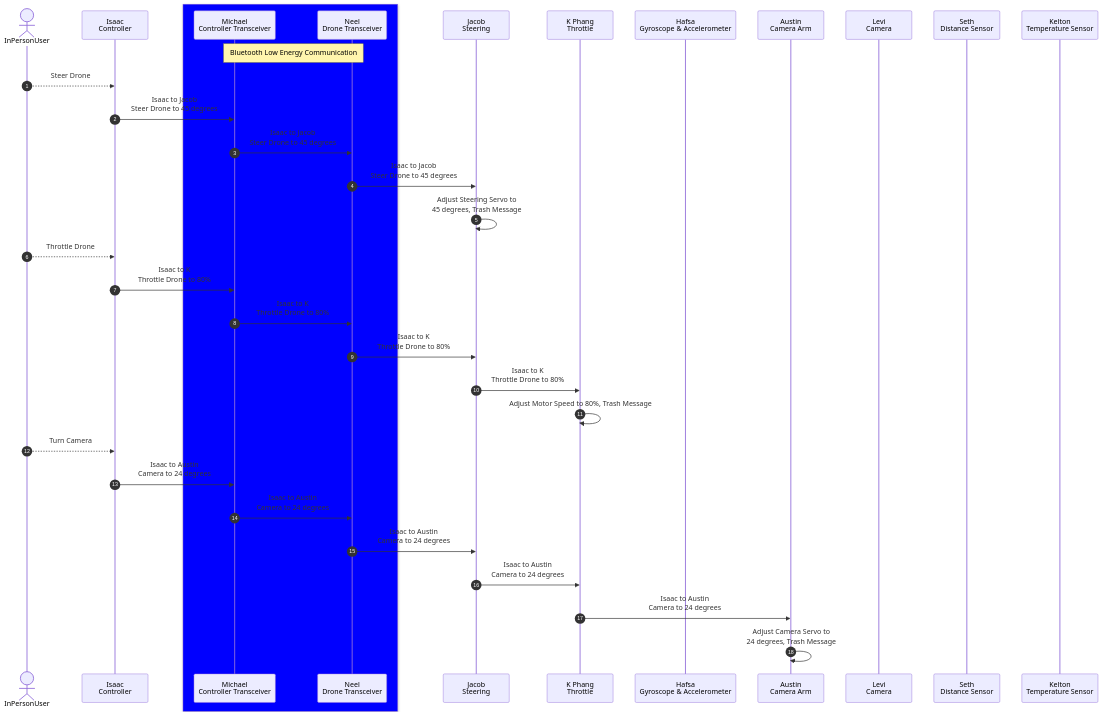
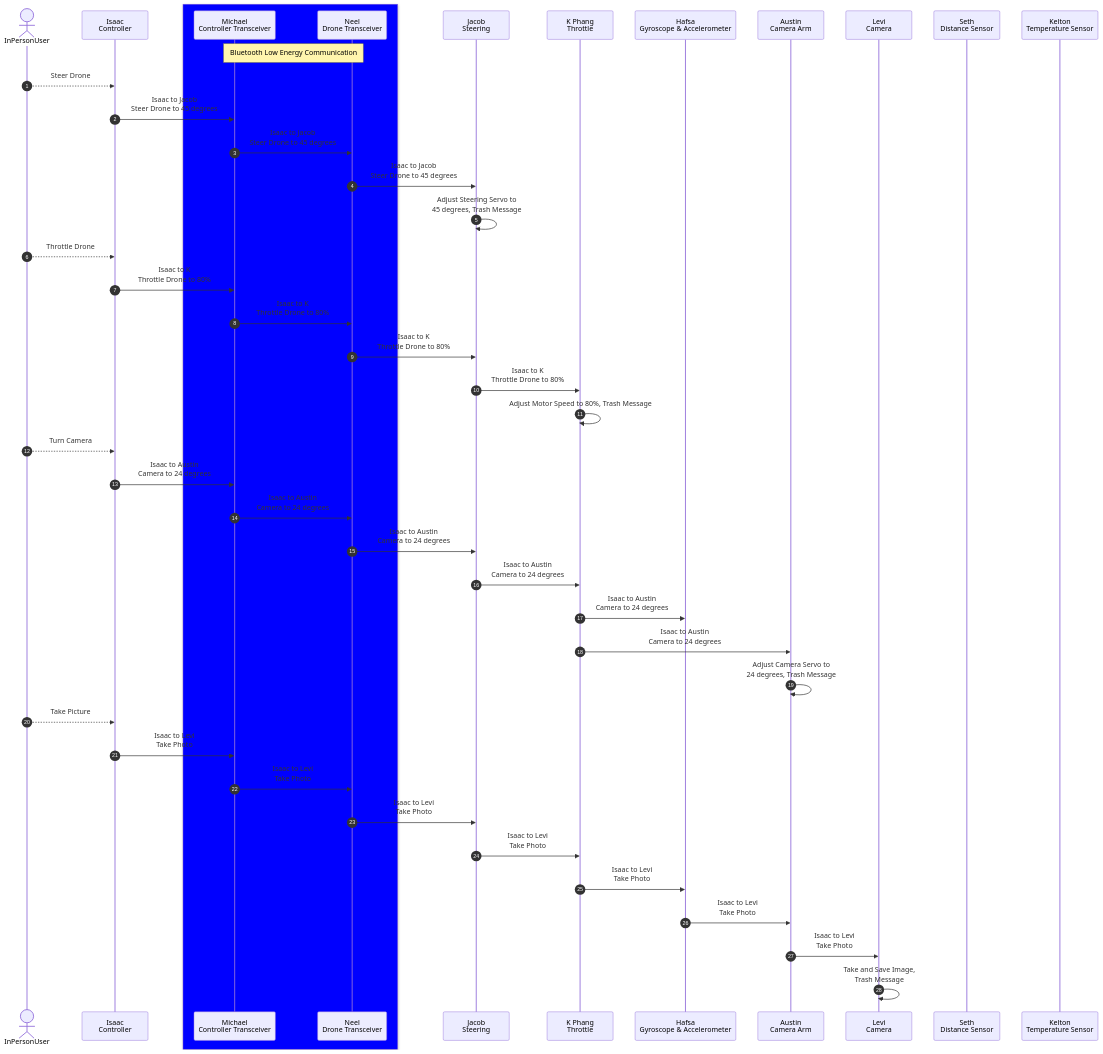
Before and after one commit to HFSKSN/hfsksn.github.io: the fourth of 4 diagrams in docs/Appendix/04-Examples-to-Remove/charts.md, drawn with Mermaid.

````diff
--- a/docs/Appendix/04-Examples-to-Remove/charts.md
+++ b/docs/Appendix/04-Examples-to-Remove/charts.md
@@ -43,38 +43,52 @@
 ``` mermaid
 sequenceDiagram
   autonumber
   actor U as InPersonUser
   participant I as Isaac<br/>Controller
   box Blue
   participant M as Michael<br/>Controller Transceiver
   participant N as Neel<br/>Drone Transceiver
   end
   participant J as Jacob<br/>Steering
   participant P as K Phang<br/>Throttle
   participant H as Hafsa<br/>Gyroscope & Accelerometer
   participant A as Austin<br/>Camera Arm
   participant L as Levi<br/>Camera
   participant S as Seth<br/>Distance Sensor
   participant K as Kelton<br/>Temperature Sensor
 
   Note over M,N: Bluetooth Low Energy Communication
 
   U-->>I: Steer Drone
   I->>M: Isaac to Jacob<br/>Steer Drone to 45 degrees
   M->>N: Isaac to Jacob<br/>Steer Drone to 45 degrees
   N->>J: Isaac to Jacob<br/>Steer Drone to 45 degrees
   J->>J: Adjust Steering Servo to<br>45 degrees, Trash Message
+
   U-->>I: Throttle Drone
   I->>M: Isaac to K<br/>Throttle Drone to 80%
   M->>N: Isaac to K<br/>Throttle Drone to 80%
   N->>J: Isaac to K<br/>Throttle Drone to 80%
   J->>P: Isaac to K<br/>Throttle Drone to 80%
   P->>P: Adjust Motor Speed to 80%, Trash Message
+
   U-->>I: Turn Camera
   I->>M: Isaac to Austin<br/>Camera to 24 degrees
   M->>N: Isaac to Austin<br/>Camera to 24 degrees
   N->>J: Isaac to Austin<br/>Camera to 24 degrees
   J->>P: Isaac to Austin<br/>Camera to 24 degrees
+  P->>H: Isaac to Austin<br/>Camera to 24 degrees
   P->>A: Isaac to Austin<br/>Camera to 24 degrees
   A->>A: Adjust Camera Servo to<br>24 degrees, Trash Message
+
+  U-->>I: Take Picture
+  I->>M: Isaac to Levi<br/>Take Photo
+  M->>N: Isaac to Levi<br/>Take Photo
+  N->>J: Isaac to Levi<br/>Take Photo
+  J->>P: Isaac to Levi<br/>Take Photo
+  P->>H: Isaac to Levi<br/>Take Photo
+  H->>A: Isaac to Levi<br/>Take Photo
+  A->>L: Isaac to Levi<br/>Take Photo
+  L->>L: Take and Save Image,<br/>Trash Message
+
 ```
````
